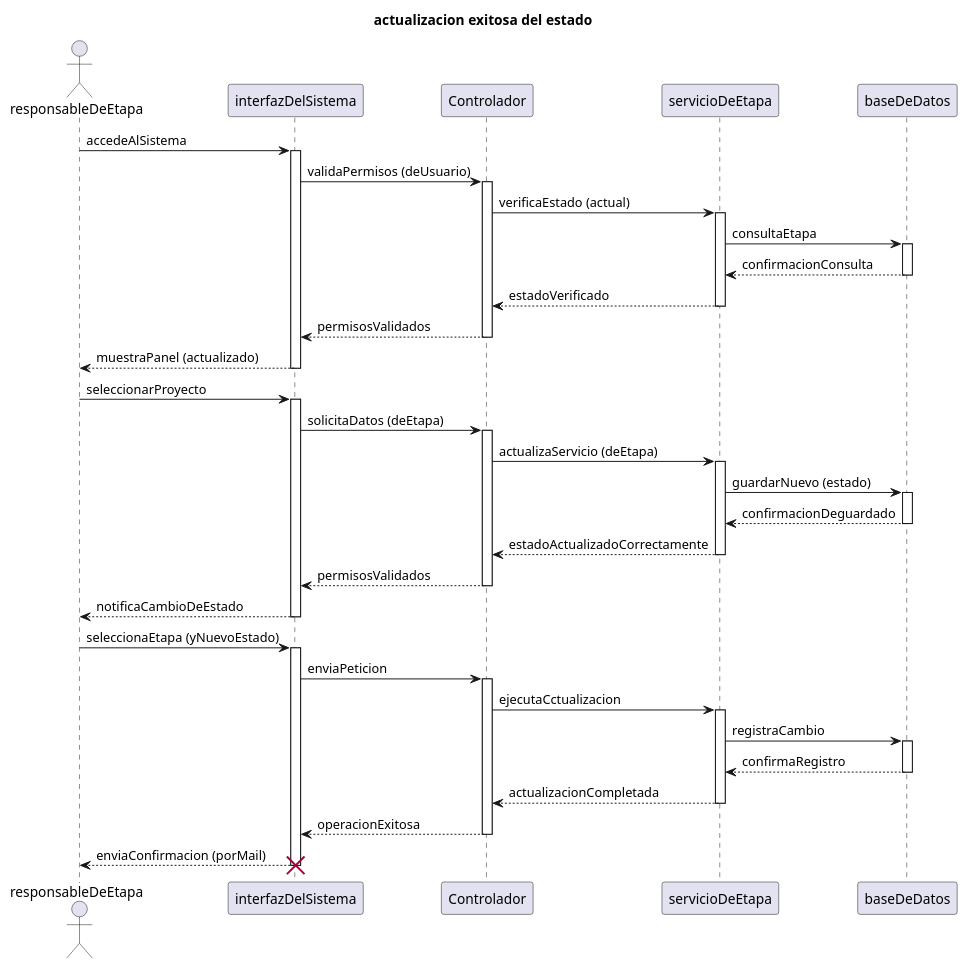
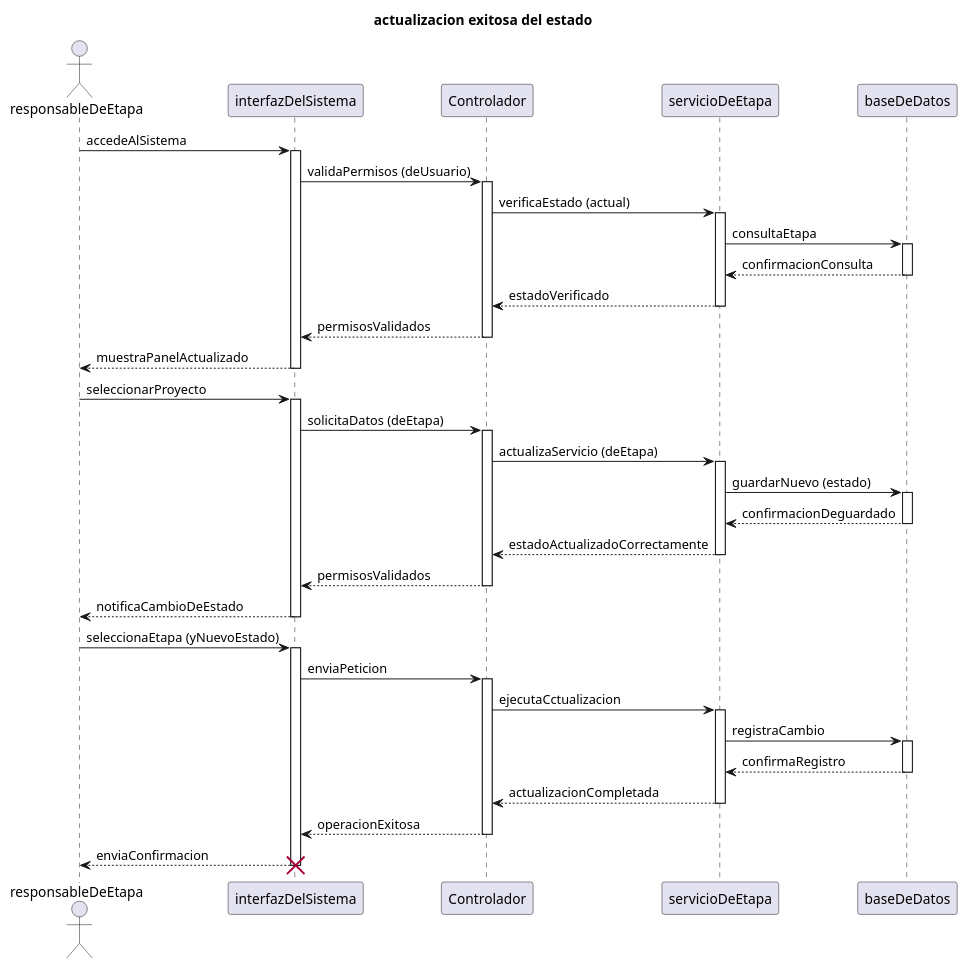
The diagram in diagramas/05-diagramas-secuencia/05-secuencia-actualizar-estado-de-la-etapa-actualizacion-exitosa-del-estado-de-la-etapa-02.puml (9919-Mili/SistemaProductoraVideos), drawn with PlantUML before and after one commit. The commit also changed 4 other files, not shown here.

```diff
--- a/diagramas/05-diagramas-secuencia/05-secuencia-actualizar-estado-de-la-etapa-actualizacion-exitosa-del-estado-de-la-etapa-02.puml
+++ b/diagramas/05-diagramas-secuencia/05-secuencia-actualizar-estado-de-la-etapa-actualizacion-exitosa-del-estado-de-la-etapa-02.puml
@@ -1,63 +1,63 @@
 @startuml 
 title actualizacion exitosa del estado
 
 actor responsableDeEtapa
 participant interfazDelSistema as interfazDelSistema
 participant Controlador as Controlador
 participant servicioDeEtapa
 participant baseDeDatos as baseDeDatos
 
 
 responsableDeEtapa -> interfazDelSistema: accedeAlSistema
 activate interfazDelSistema 
 interfazDelSistema -> Controlador: validaPermisos (deUsuario)
 activate Controlador
 Controlador -> servicioDeEtapa: verificaEstado (actual)
 activate servicioDeEtapa
 servicioDeEtapa -> baseDeDatos: consultaEtapa 
 activate baseDeDatos
 baseDeDatos --> servicioDeEtapa: confirmacionConsulta
 deactivate baseDeDatos
 servicioDeEtapa --> Controlador: estadoVerificado
 deactivate servicioDeEtapa
 Controlador --> interfazDelSistema: permisosValidados
 deactivate Controlador
-interfazDelSistema --> responsableDeEtapa: muestraPanel (actualizado)
+interfazDelSistema --> responsableDeEtapa: muestraPanelActualizado
 deactivate interfazDelSistema
 
 responsableDeEtapa -> interfazDelSistema: seleccionarProyecto 
 activate interfazDelSistema
 interfazDelSistema -> Controlador: solicitaDatos (deEtapa)
 activate Controlador
 Controlador -> servicioDeEtapa: actualizaServicio (deEtapa) 
 activate servicioDeEtapa
 servicioDeEtapa -> baseDeDatos: guardarNuevo (estado) 
 activate baseDeDatos
 baseDeDatos --> servicioDeEtapa: confirmacionDeguardado
 deactivate baseDeDatos
 servicioDeEtapa --> Controlador: estadoActualizadoCorrectamente
 deactivate servicioDeEtapa
 Controlador --> interfazDelSistema: permisosValidados 
 deactivate Controlador
 interfazDelSistema --> responsableDeEtapa: notificaCambioDeEstado
 deactivate interfazDelSistema
 
 responsableDeEtapa -> interfazDelSistema: seleccionaEtapa (yNuevoEstado) 
 activate interfazDelSistema
 interfazDelSistema -> Controlador: enviaPeticion 
 activate Controlador
 Controlador -> servicioDeEtapa: ejecutaCctualizacion 
 activate servicioDeEtapa
 servicioDeEtapa -> baseDeDatos: registraCambio
 activate baseDeDatos
 baseDeDatos --> servicioDeEtapa: confirmaRegistro
 deactivate baseDeDatos
 servicioDeEtapa --> Controlador: actualizacionCompletada
 deactivate servicioDeEtapa 
 Controlador --> interfazDelSistema: operacionExitosa
 deactivate Controlador
-interfazDelSistema --> responsableDeEtapa: enviaConfirmacion (porMail)
+interfazDelSistema --> responsableDeEtapa: enviaConfirmacion 
 deactivate interfazDelSistema
 
 destroy interfazDelSistema
 @endum
```
